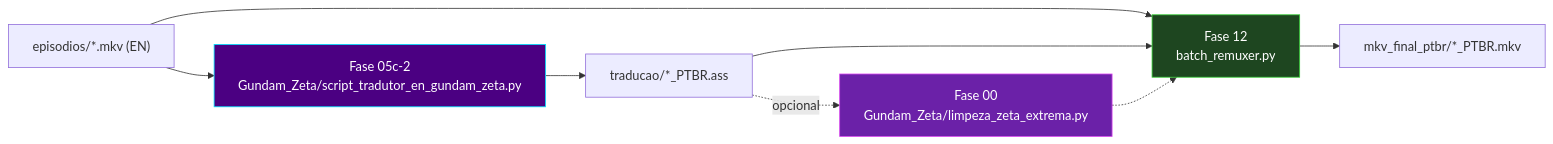
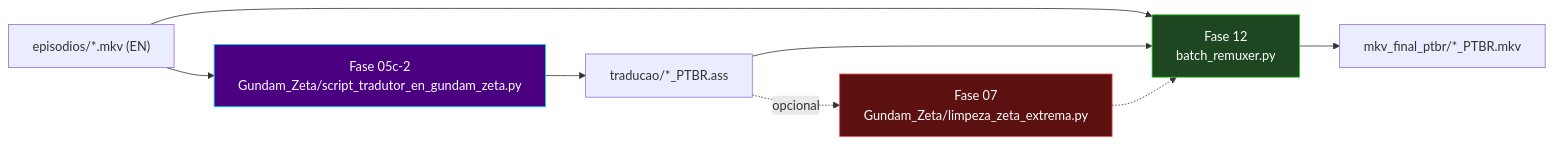
One commit to carmipa/projeto-tracker-animes-traducao changed diagram 12 of 15 in docs/arquitetura.md. Above: the diagram before and after it, drawn with Mermaid. The commit also changed other lines of this file and 38 other files, not shown here.

````diff
--- a/docs/arquitetura.md
+++ b/docs/arquitetura.md
@@ -435,14 +441,14 @@
 ```mermaid
 flowchart LR
     K_MKV["episodios/*.mkv (EN)"] --> K_F05C2["Fase 05c-2<br/>Gundam_Zeta/script_tradutor_en_gundam_zeta.py"]
     K_F05C2 --> K_ASS["traducao/*_PTBR.ass"]
-    K_ASS -.->|"opcional"| K_HYG["Fase 00<br/>Gundam_Zeta/limpeza_zeta_extrema.py"]
+    K_ASS -.->|"opcional"| K_F07["Fase 07<br/>Gundam_Zeta/limpeza_zeta_extrema.py"]
     K_MKV --> K_F12["Fase 12<br/>batch_remuxer.py"]
     K_ASS --> K_F12
-    K_HYG -.-> K_F12
+    K_F07 -.-> K_F12
     K_F12 --> K_OUT["mkv_final_ptbr/*_PTBR.mkv"]
 
     style K_F05C2 fill:#4B0082,stroke:#00E5FF,color:#fff
-    style K_HYG fill:#6b21a8,stroke:#d946ef,color:#fff
+    style K_F07 fill:#5c1010,stroke:#ff4444,color:#fff
     style K_F12 fill:#1e4620,stroke:#32CD32,color:#fff
 ```
````
